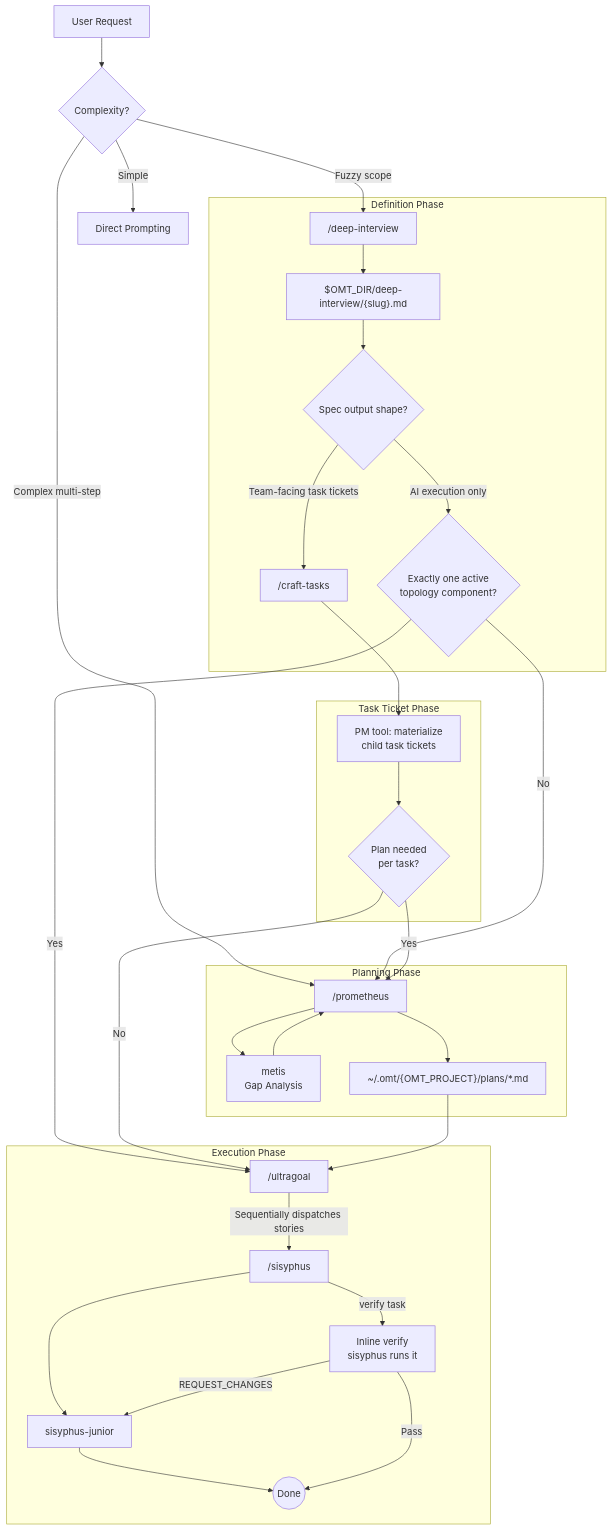
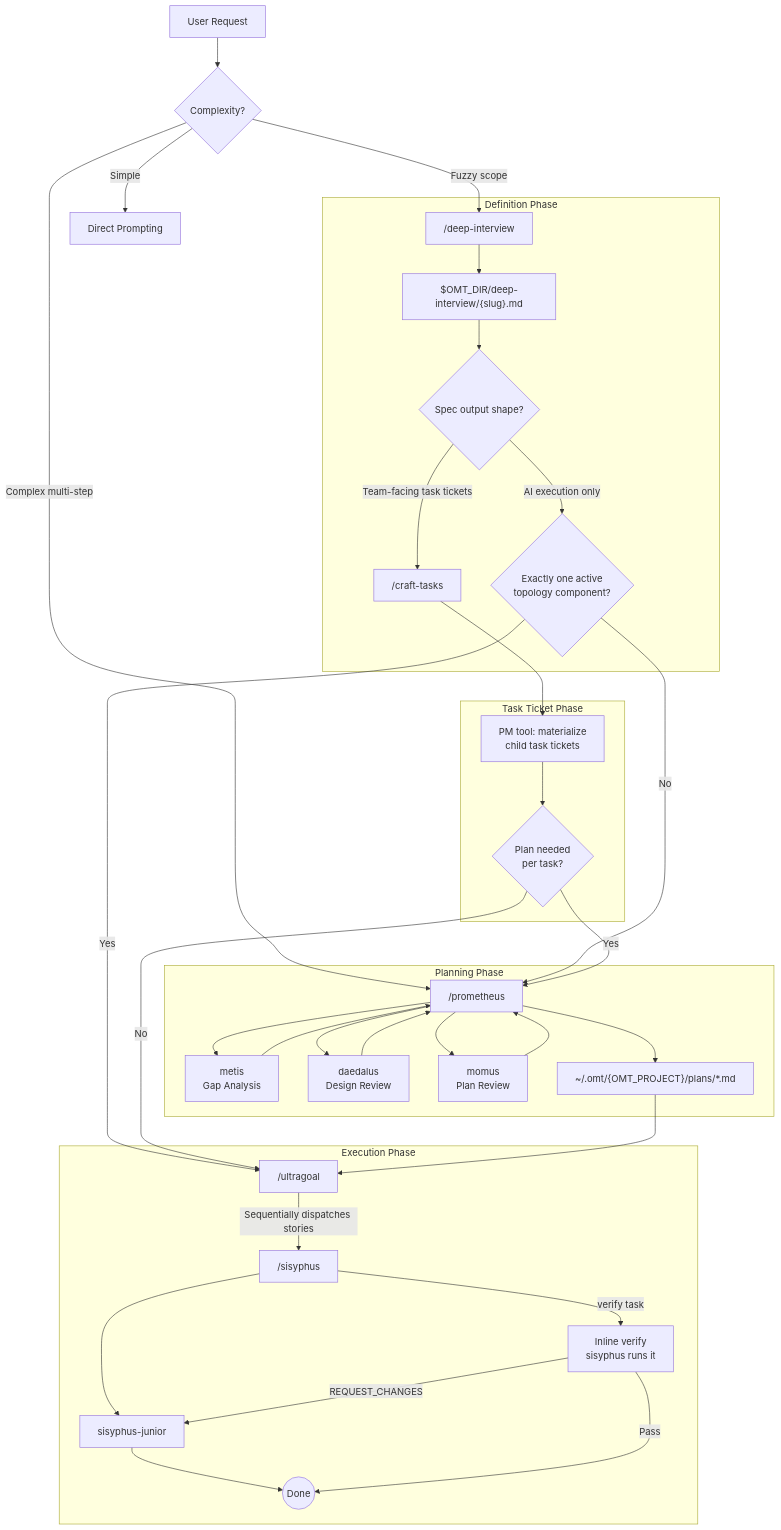
One commit to toongri/oh-my-toong-playground changed the diagram in docs/ORCHESTRATION.en.md. Above: the diagram before and after it, drawn with Mermaid. The commit also changed other lines of this file and 4 other files, not shown here.

First line of the commit message:
docs: prometheus 파이프라인 설명에 Daedalus·Momus 반영

````diff
--- a/docs/ORCHESTRATION.en.md
+++ b/docs/ORCHESTRATION.en.md
@@ -59,40 +59,44 @@
 ```mermaid
 flowchart TD
     User[User Request] --> Decision{Complexity?}
 
     Decision -->|Simple| Direct[Direct Prompting]
     Decision -->|Fuzzy scope| DeepInterview["/deep-interview"]
     Decision -->|Complex multi-step| Prometheus
 
     subgraph Definition Phase
         DeepInterview --> SpecFile["$OMT_DIR/deep-interview/{slug}.md"]
         SpecFile --> Output{Spec output shape?}
         Output -->|Team-facing task tickets| CraftTasks["/craft-tasks"]
         Output -->|AI execution only| Route{Exactly one active<br/>topology component?}
     end
 
     subgraph Task Ticket Phase
         CraftTasks --> ChildTickets["PM tool: materialize<br/>child task tickets"]
         ChildTickets --> TaskPlan{Plan needed<br/>per task?}
     end
 
     subgraph Planning Phase
         Route -->|No| Prometheus["/prometheus"]
         TaskPlan -->|Yes| Prometheus
         Prometheus --> Metis[metis<br/>Gap Analysis]
         Metis --> Prometheus
+        Prometheus --> Daedalus[daedalus<br/>Design Review]
+        Daedalus --> Prometheus
+        Prometheus --> Momus[momus<br/>Plan Review]
+        Momus --> Prometheus
         Prometheus --> PlanFile["~/.omt/{OMT_PROJECT}/plans/*.md"]
     end
 
     subgraph Execution Phase
         Route -->|Yes| Ultragoal["/ultragoal"]
         TaskPlan -->|No| Ultragoal
         PlanFile --> Ultragoal
         Ultragoal -->|Sequentially dispatches stories| Sisyphus["/sisyphus"]
         Sisyphus --> Junior[sisyphus-junior]
         Junior --> Done((Done))
         Sisyphus -->|verify task| QA[Inline verify<br/>sisyphus runs it]
         QA -->|Pass| Done
         QA -->|REQUEST_CHANGES| Junior
     end
 ```
````
